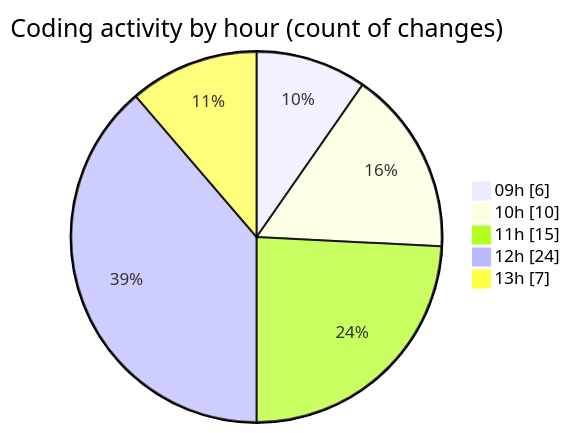
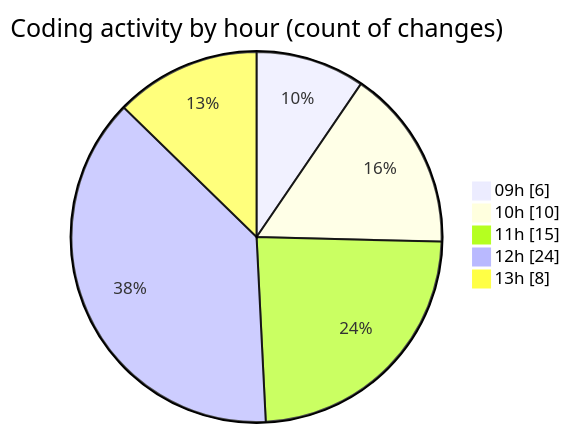
One commit to momahboobian/code-tracking changed the second of 2 diagrams in 2025-06-04/cda/README.md. Above: the diagram before and after it, drawn with Mermaid. The commit also changed other lines of this file and 1 other file, not shown here.

````diff
--- a/2025-06-04/cda/README.md
+++ b/2025-06-04/cda/README.md
@@ -31,9 +33,9 @@
 ```mermaid
 pie showData
 title Coding activity by hour (count of changes)
 "09h" : 6
 "10h" : 10
 "11h" : 15
 "12h" : 24
-"13h" : 7
+"13h" : 8
 ```
````
